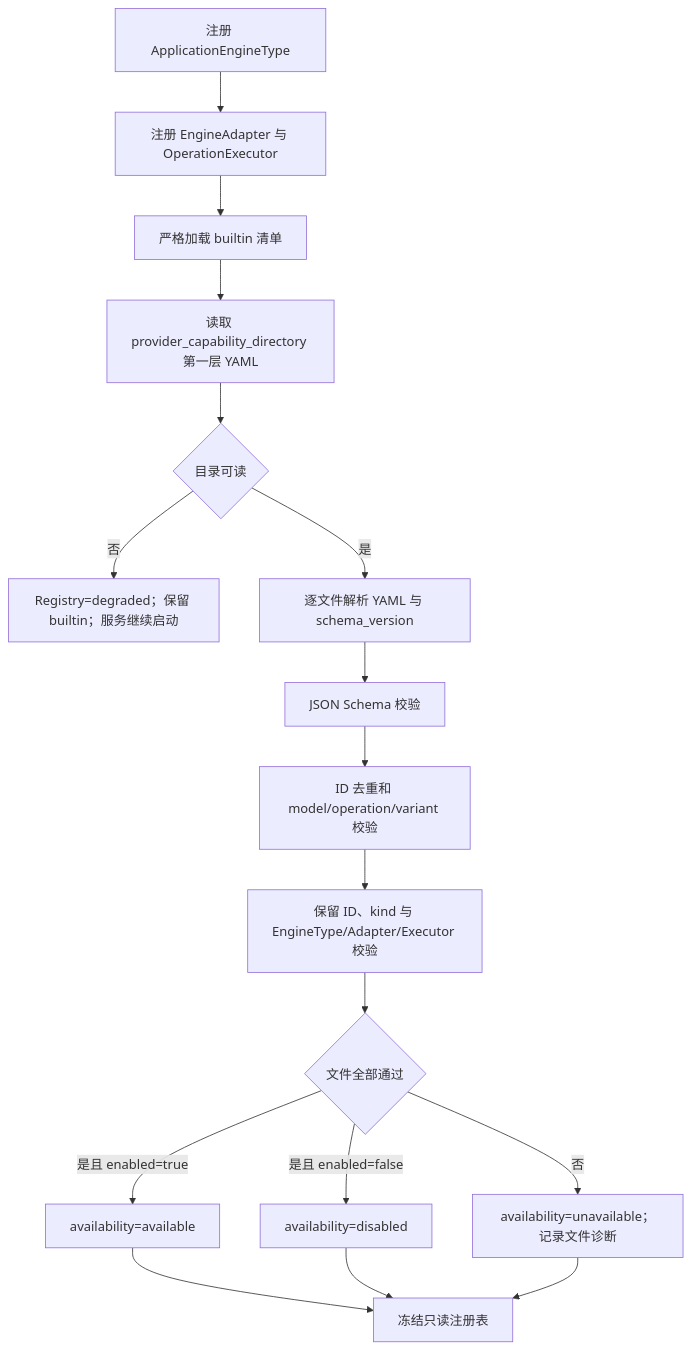
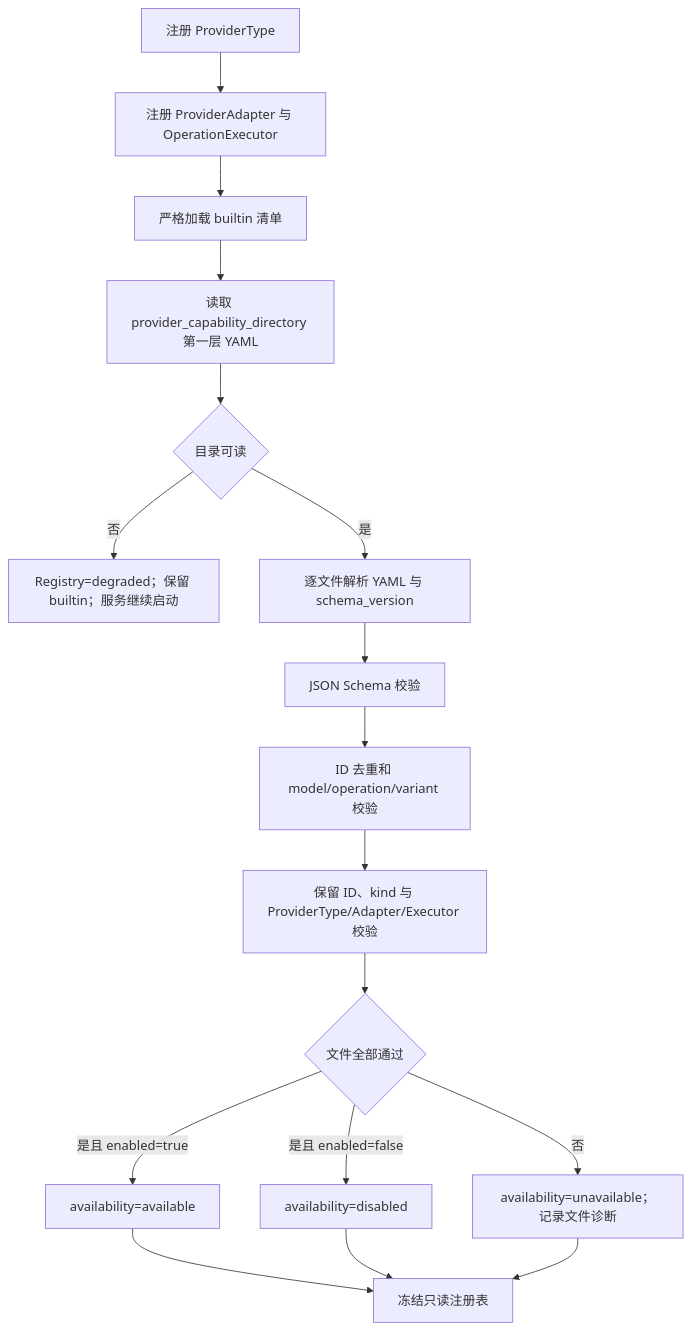
One commit to wangweihong/omnimam-spec changed the second of 5 diagrams in 02_architecture/domains/modelgateway.md. Above: the diagram before and after it, drawn with Mermaid. The commit also changed other lines of this file and 67 other files, not shown here.

Commit message:
spec: implement unified provider account architecture

````diff
--- a/02_architecture/domains/modelgateway.md
+++ b/02_architecture/domains/modelgateway.md
@@ -69,19 +69,19 @@
 ```mermaid
 flowchart TD
-    A["注册 ApplicationEngineType"] --> B["注册 EngineAdapter 与 OperationExecutor"]
+    A["注册 ProviderType"] --> B["注册 ProviderAdapter 与 OperationExecutor"]
     B --> BI["严格加载 builtin 清单"]
     BI --> C["读取 provider_capability_directory 第一层 YAML"]
     C --> D{"目录可读"}
     D -->|"否"| E["Registry=degraded；保留 builtin；服务继续启动"]
     D -->|"是"| F["逐文件解析 YAML 与 schema_version"]
     F --> G["JSON Schema 校验"]
     G --> H["ID 去重和 model/operation/variant 校验"]
-    H --> I["保留 ID、kind 与 EngineType/Adapter/Executor 校验"]
+    H --> I["保留 ID、kind 与 ProviderType/Adapter/Executor 校验"]
     I --> J{"文件全部通过"}
     J -->|"是且 enabled=true"| K["availability=available"]
     J -->|"是且 enabled=false"| L["availability=disabled"]
     J -->|"否"| M["availability=unavailable；记录文件诊断"]
     K --> N["冻结只读注册表"]
     L --> N
     M --> N
 ```
````
